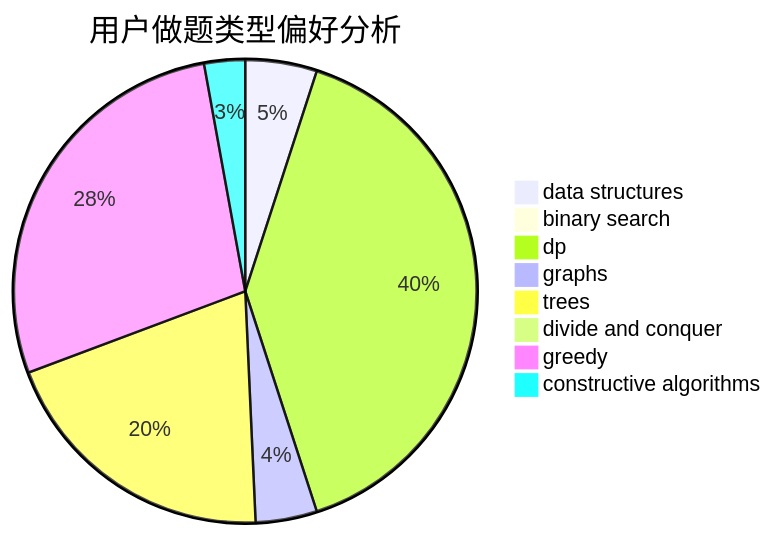
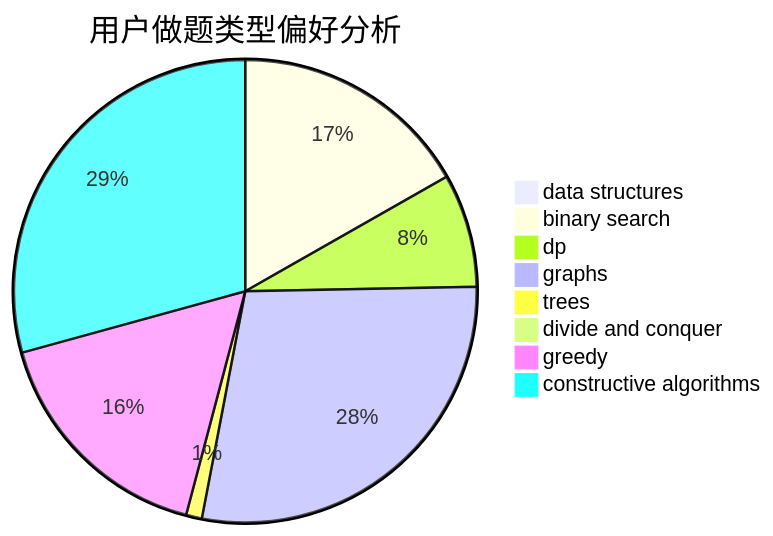
One commit to sherpahu/cfrs.github.io changed the second of 3 diagrams in docs/user/u181.md. Above: the diagram before and after it, drawn with Mermaid. The commit also changed other lines of this file and 2770 other files, not shown here.

````diff
--- a/docs/user/u181.md
+++ b/docs/user/u181.md
@@ -23,11 +23,11 @@
 ```mermaid
 pie title 用户做题类型偏好分析
-    "data structures" :  7
-    "binary search" :  0
-    "dp" :  56
-    "graphs" :  6
-    "trees" :  28
+    "data structures" :  5
+    "binary search" :  106
+    "dp" :  50
+    "graphs" :  179
+    "trees" :  7
     "divide and conquer" :  0
-    "greedy" :  39
-    "constructive algorithms" :  4
+    "greedy" :  105
+    "constructive algorithms" :  185
 ```
````
